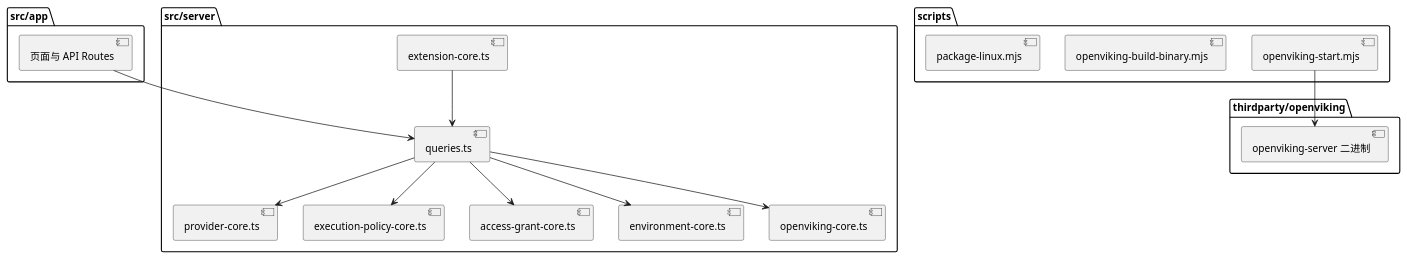
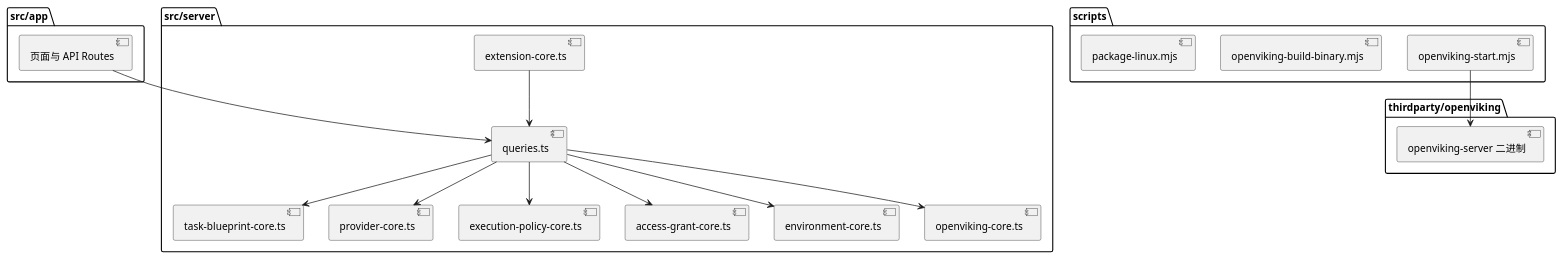
One commit to SimonMing47/agent-world changed the third of 5 diagrams in docs/system-design.zh-CN.md. Above: the diagram before and after it, drawn with PlantUML. The commit also changed other lines of this file and 35 other files, not shown here.

Commit message:
feat: add task blueprint platform kernel

````diff
--- a/docs/system-design.zh-CN.md
+++ b/docs/system-design.zh-CN.md
@@ -90,33 +90,35 @@
 ```plantuml
 @startuml
 package "src/app" {
   [页面与 API Routes]
 }
 package "src/server" {
   [queries.ts]
+  [task-blueprint-core.ts]
   [provider-core.ts]
   [execution-policy-core.ts]
   [access-grant-core.ts]
   [environment-core.ts]
   [openviking-core.ts]
   [extension-core.ts]
 }
 package "scripts" {
   [openviking-start.mjs]
   [openviking-build-binary.mjs]
   [package-linux.mjs]
 }
 package "thirdparty/openviking" {
   [openviking-server 二进制]
 }
 
 [页面与 API Routes] --> [queries.ts]
+[queries.ts] --> [task-blueprint-core.ts]
 [queries.ts] --> [provider-core.ts]
 [queries.ts] --> [execution-policy-core.ts]
 [queries.ts] --> [access-grant-core.ts]
 [queries.ts] --> [environment-core.ts]
 [queries.ts] --> [openviking-core.ts]
 [extension-core.ts] --> [queries.ts]
 [openviking-start.mjs] --> [openviking-server 二进制]
 @enduml
 ```
````
